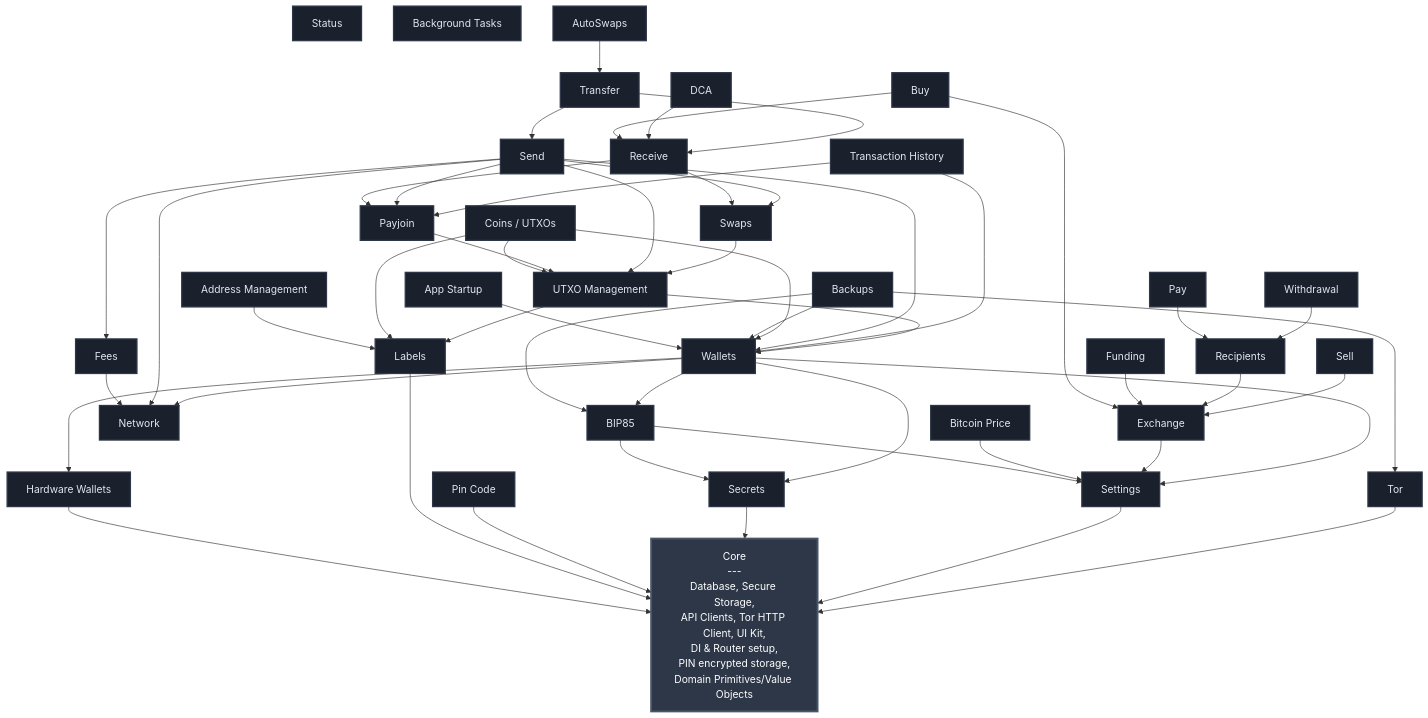
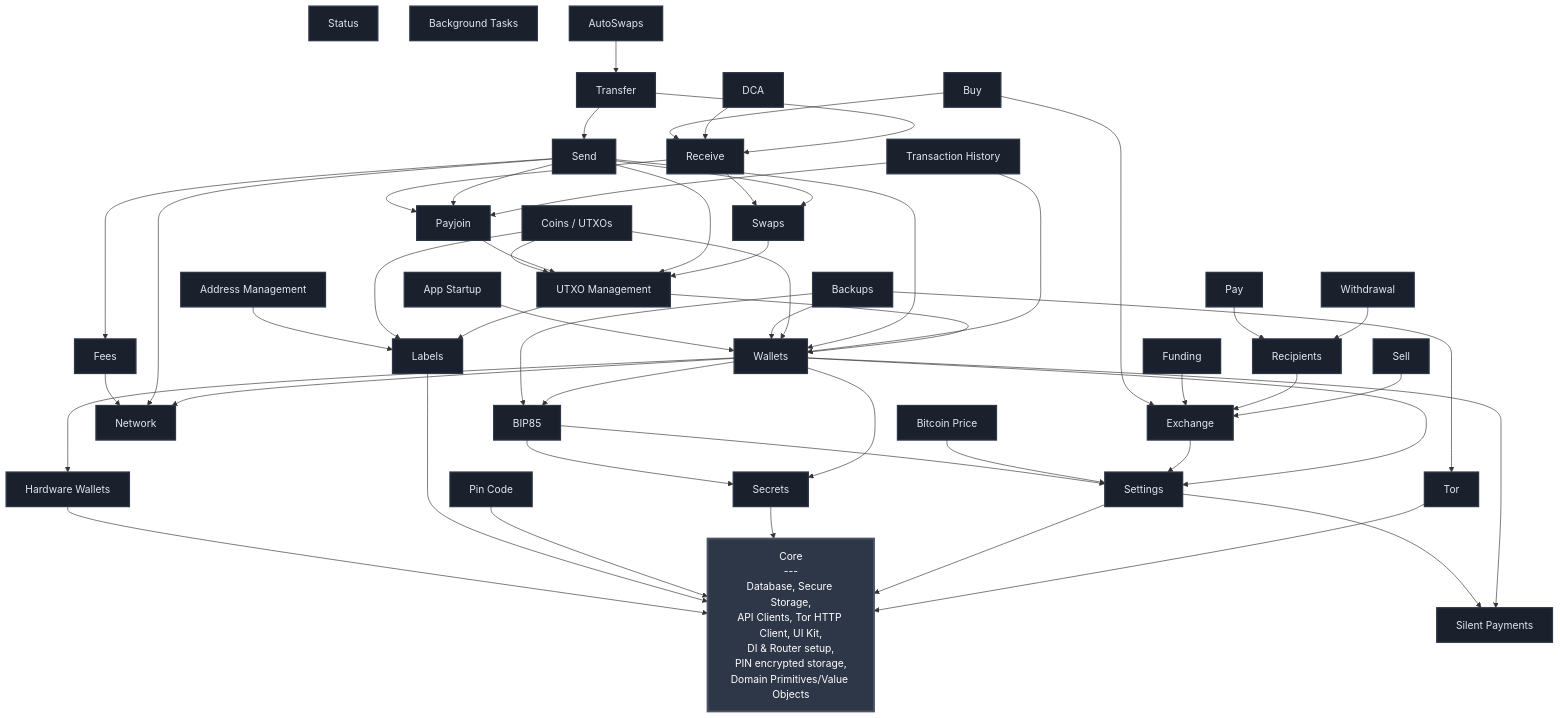
The diagram in FEATURES.md (SatoshiPortal/bullbitcoin-mobile), drawn with Mermaid before and after one commit. The commit also changed 2 other files, not shown here.

Commit message:
feat(sp): register app routes and dependencies

````diff
--- a/FEATURES.md
+++ b/FEATURES.md
@@ -45,6 +45,7 @@
     PAY[Pay]
     BUY[Buy]
     COINS[Coins / UTXOs]
+    SP[Silent Payments]
 
     %% Dependencies to Core (all features depend on Core, but showing it explicitly would clutter the diagram)
     %% Instead, we note this in the documentation below
@@ -85,6 +86,8 @@
     SEND --> UTXO_MGMT
     SEND --> WALLETS
     SETTINGS --> CORE
+    SETTINGS --> SP
+    WALLETS --> SP
     SWAPS --> UTXO_MGMT
     TOR --> CORE
     TRANSFER --> SEND
@@ -105,5 +108,5 @@
     classDef featureStyle fill:#1a202c,stroke:#2d3748,stroke-width:2px,color:#e2e8f0
 
     class CORE coreStyle
-    class SETTINGS,TOR,PIN_CODE,LABELS,SECRETS,HW_WALLETS,BTC_PRICE,NETWORK,BIP85,FEES,WALLETS,EXCHANGE,APP_STARTUP,UTXO_MGMT,ADDRESS_MGMT,RECIPIENTS,FUNDING,BACKUPS,SWAPS,PAYJOIN,WITHDRAWAL,STATUS,SEND,RECEIVE,TRANSFER,TX_HISTORY,BG_TASKS,AUTOSWAPS,DCA,SELL,PAY,BUY,COINS featureStyle
+    class SETTINGS,TOR,PIN_CODE,LABELS,SECRETS,HW_WALLETS,BTC_PRICE,NETWORK,BIP85,FEES,WALLETS,EXCHANGE,APP_STARTUP,UTXO_MGMT,ADDRESS_MGMT,RECIPIENTS,FUNDING,BACKUPS,SWAPS,PAYJOIN,WITHDRAWAL,STATUS,SEND,RECEIVE,TRANSFER,TX_HISTORY,BG_TASKS,AUTOSWAPS,DCA,SELL,PAY,BUY,COINS,SP featureStyle
 ```
````
